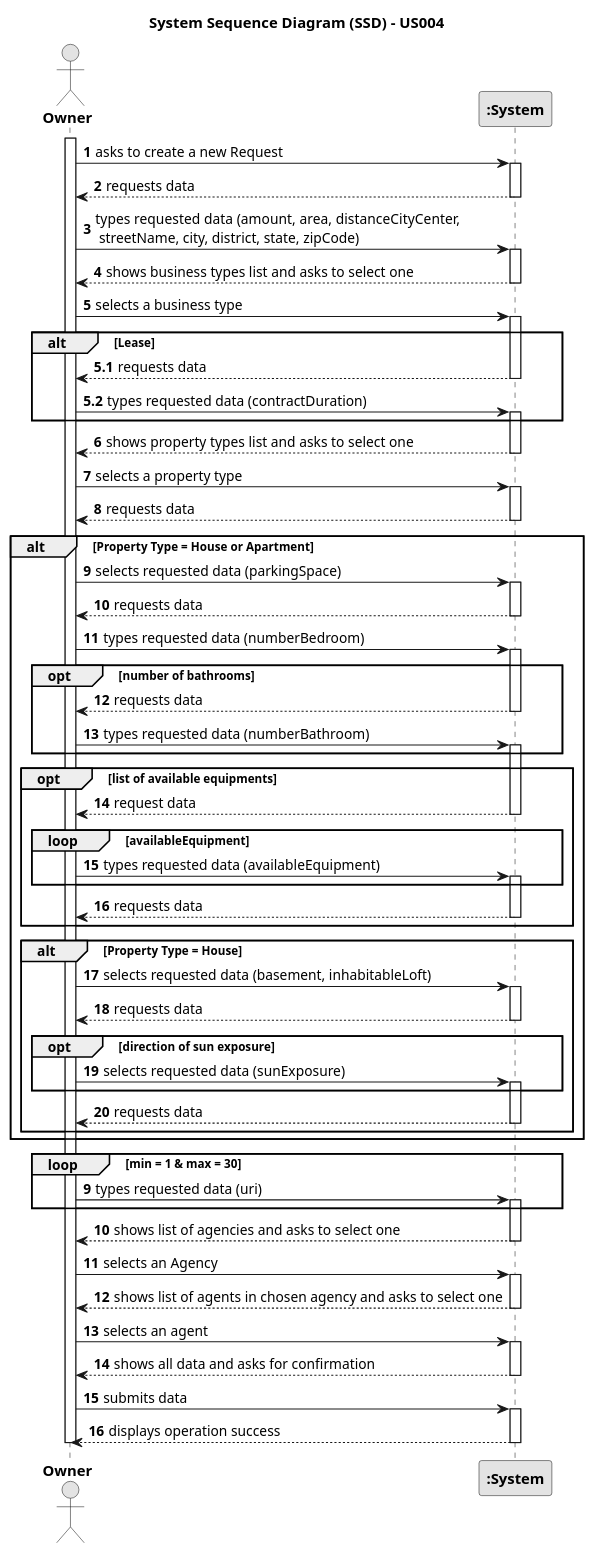
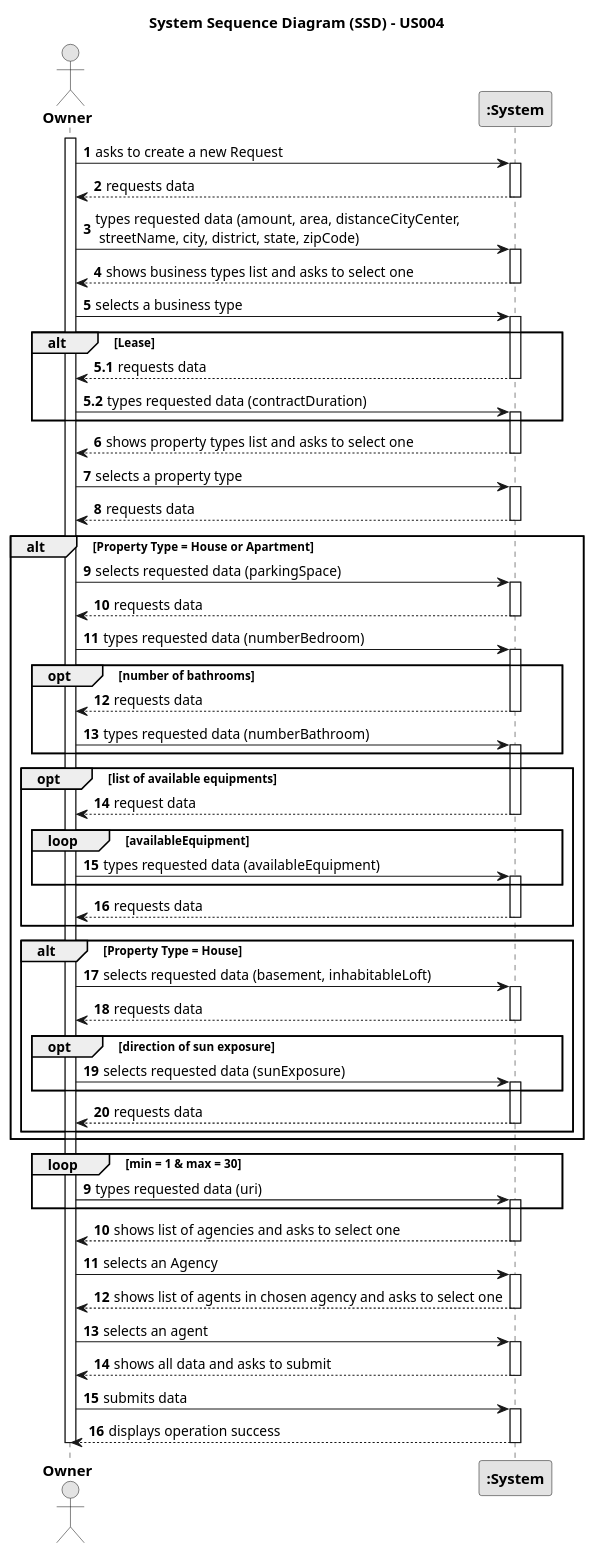
Before and after one commit to rita-barbosa/LAPR2-2223: the diagram in docs/sprintB/us004/01.requirements-engineering/puml/us004-system-sequence-diagram.puml, drawn with PlantUML. The commit also changed 1 other file, not shown here.

```diff
--- a/docs/sprintB/us004/01.requirements-engineering/puml/us004-system-sequence-diagram.puml
+++ b/docs/sprintB/us004/01.requirements-engineering/puml/us004-system-sequence-diagram.puml
@@ -1,163 +1,163 @@
 @startuml
 
 skinparam monochrome true
 skinparam packageStyle rectangle
 skinparam shadowing false
 
 actor "<b>Owner</b>" as Owner
 participant "<b>:System</b>" as System
 
 title System Sequence Diagram (SSD) - US004
 
 autonumber
 
 activate Owner
 
     Owner -> System : asks to create a new Request
 
         activate System
 
         System --> Owner : requests data
 
         deactivate System
 
     Owner -> System : types requested data (amount, area, distanceCityCenter,\n streetName, city, district, state, zipCode)
 
         activate System
 
         System --> Owner : shows business types list and asks to select one
 
         deactivate System
 
     Owner -> System : selects a business type
 
         activate System
 
             alt Lease
 
                 autonumber 5.1
                 System --> Owner : requests data
 
                 deactivate System
 
                 Owner -> System : types requested data (contractDuration)
 
                 activate System
 
             end alt
 
         autonumber 6
 
         activate System
 
         System --> Owner : shows property types list and asks to select one
 
         deactivate System
 
     Owner -> System : selects a property type
 
      activate System
 
      System --> Owner : requests data
 
      deactivate System
 
      alt Property Type = House or Apartment
 
             Owner -> System : selects requested data (parkingSpace)
 
                  activate System
 
             System --> Owner : requests data
                  deactivate System
 
             Owner -> System : types requested data (numberBedroom)
 
                 activate System
 
            opt number of bathrooms
 
                         System --> Owner : requests data
                         deactivate System
 
                 Owner -> System : types requested data (numberBathroom)
                         activate System
 
            end  opt
 
                        opt list of available equipments
 
                         System --> Owner : request data
                         deactivate System
 
                             loop availableEquipment
 
                 Owner -> System : types requested data (availableEquipment)
 
                                 activate System
                             end loop
 
             System --> Owner : requests data
 
             deactivate System
 
             end opt
 
            alt Property Type = House
 
               Owner -> System : selects requested data (basement, inhabitableLoft)
 
               activate System
 
               System --> Owner : requests data
               deactivate System
 
               opt direction of sun exposure
 
                    Owner -> System : selects requested data (sunExposure)
                    activate System
               end opt
 
                System --> Owner : requests data
                deactivate System
 
            end alt
 
      end alt
 
         loop min = 1 & max = 30
 
             autonumber 9
 
      Owner -> System : types requested data (uri)
 
             activate System
         end loop
 
     System --> Owner : shows list of agencies and asks to select one
     deactivate System
 
      Owner -> System : selects an Agency
 
         activate System
 
         System --> Owner : shows list of agents in chosen agency and asks to select one
         deactivate System
 
      Owner -> System : selects an agent
 
         activate System
 
-        System --> Owner : shows all data and asks for confirmation
+        System --> Owner : shows all data and asks to submit
 
         deactivate System
 
      Owner -> System : submits data
 
         activate System
 
         System --> Owner : displays operation success
         deactivate System
 
 deactivate Owner
 @enduml
```
